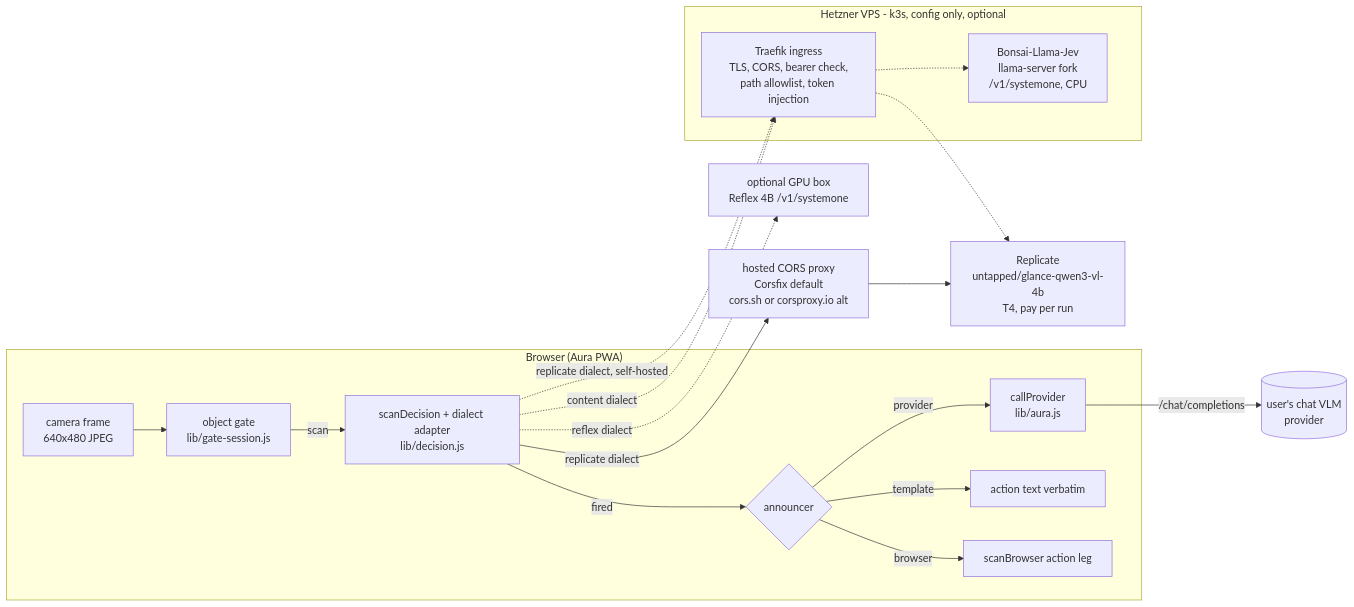
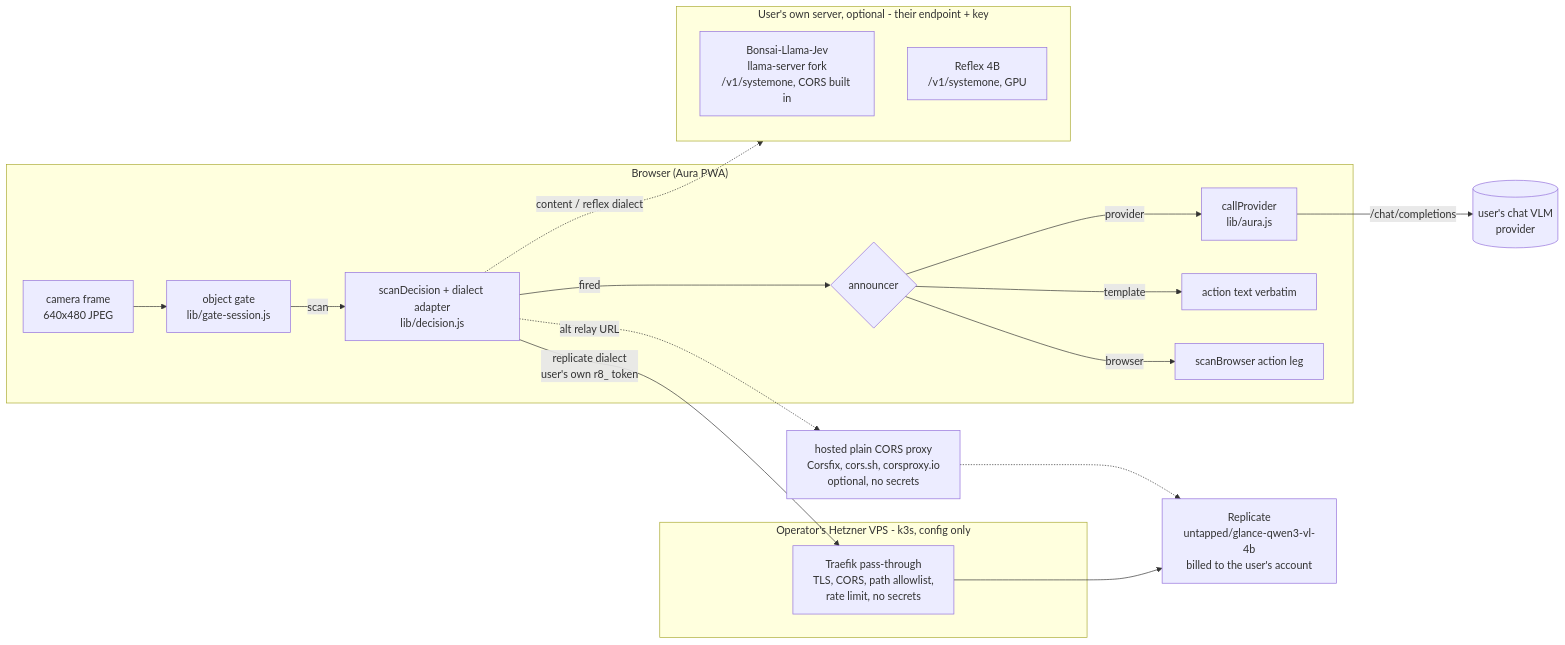
Before and after one commit to barakplasma/Aura: the first of 2 diagrams in docs/PRD-decision-engine.md, drawn with Mermaid. The commit also changed other lines of this file, not shown here.

First line of the commit message:
docs(prd): BYOK relay — no shared Replicate key anywhere

````diff
--- a/docs/PRD-decision-engine.md
+++ b/docs/PRD-decision-engine.md
@@ -148,27 +150,29 @@
 ```mermaid
 flowchart LR
   subgraph Phone["Browser (Aura PWA)"]
     CAM[camera frame<br/>640x480 JPEG] --> GATE[object gate<br/>lib/gate-session.js]
     GATE -->|scan| DEC[scanDecision + dialect adapter<br/>lib/decision.js]
     DEC -->|fired| ANN{announcer}
     ANN -->|provider| PROV[callProvider<br/>lib/aura.js]
     ANN -->|template| TPL[action text verbatim]
     ANN -->|browser| BRW[scanBrowser action leg]
   end
 
-  CFX[hosted CORS proxy<br/>Corsfix default<br/>cors.sh or corsproxy.io alt]
+  CFX[hosted plain CORS proxy<br/>Corsfix, cors.sh, corsproxy.io<br/>optional, no secrets]
 
-  subgraph K3s["Hetzner VPS - k3s, config only, optional"]
-    ING[Traefik ingress<br/>TLS, CORS, bearer check,<br/>path allowlist, token injection]
-    BON[Bonsai-Llama-Jev<br/>llama-server fork<br/>/v1/systemone, CPU]
+  subgraph K3s["Operator's Hetzner VPS - k3s, config only"]
+    ING[Traefik pass-through<br/>TLS, CORS, path allowlist,<br/>rate limit, no secrets]
   end
 
-  RP[Replicate<br/>untapped/glance-qwen3-vl-4b<br/>T4, pay per run]
-  GPU[optional GPU box<br/>Reflex 4B /v1/systemone]
+  subgraph Own["User's own server, optional - their endpoint + key"]
+    BON[Bonsai-Llama-Jev<br/>llama-server fork<br/>/v1/systemone, CORS built in]
+    GPU[Reflex 4B<br/>/v1/systemone, GPU]
+  end
 
-  DEC -- "replicate dialect" --> CFX --> RP
-  DEC -. "replicate dialect, self-hosted" .-> ING -.-> RP
-  DEC -. "content dialect" .-> ING -.-> BON
-  DEC -. "reflex dialect" .-> GPU
+  RP[Replicate<br/>untapped/glance-qwen3-vl-4b<br/>billed to the user's account]
+
+  DEC -- "replicate dialect<br/>user's own r8_ token" --> ING --> RP
+  DEC -. "alt relay URL" .-> CFX -.-> RP
+  DEC -. "content / reflex dialect" .-> Own
   PROV -- "/chat/completions" --> CLOUD[(user's chat VLM<br/>provider)]
 ```
````
